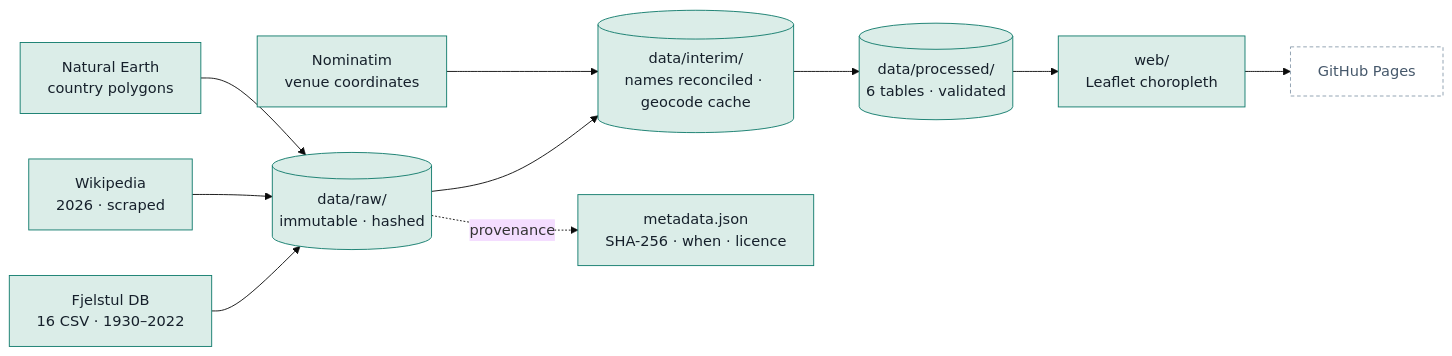
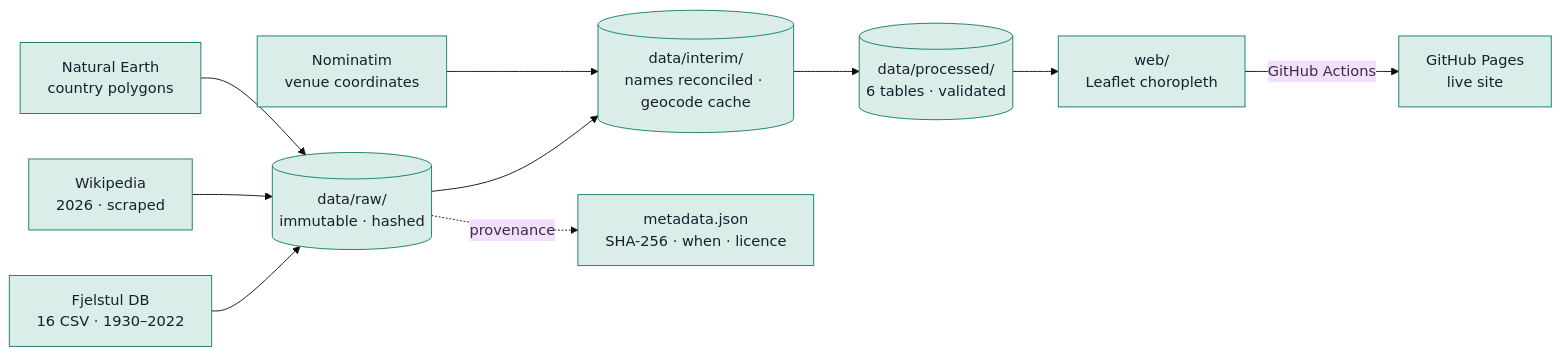
Before and after one commit to alaindelon96/atlas-copa-mundo: the diagram in README.md, drawn with Mermaid (base theme). The commit also changed other lines of this file and 2 other files, not shown here.

First line of the commit message:
feat: etapa 5 - publicacao no GitHub Pages

````diff
--- a/README.md
+++ b/README.md
@@ -91,16 +91,15 @@
 ```mermaid
 flowchart LR
     A[Fjelstul DB<br/>16 CSV · 1930–2022]:::done --> R
     B[Wikipedia<br/>2026 · scraped]:::done --> R
     C[Natural Earth<br/>country polygons]:::done --> R
     R[("data/raw/<br/>immutable · hashed")]:::done --> I
     N[Nominatim<br/>venue coordinates]:::done --> I
     I[("data/interim/<br/>names reconciled · geocode cache")]:::done --> P
     P[("data/processed/<br/>6 tables · validated")]:::done --> W
-    W[web/<br/>Leaflet choropleth]:::done --> G
-    G[GitHub Pages]:::todo
+    W[web/<br/>Leaflet choropleth]:::done -->|GitHub Actions| G
+    G[GitHub Pages<br/>live site]:::done
     R -.provenance.-> M[metadata.json<br/>SHA-256 · when · licence]:::done
 
     classDef done fill:#DBEDE8,stroke:#0F7A6B,color:#16202B
-    classDef todo fill:transparent,stroke:#8A9CAD,color:#46586B,stroke-dasharray:4 3
 ```
````
